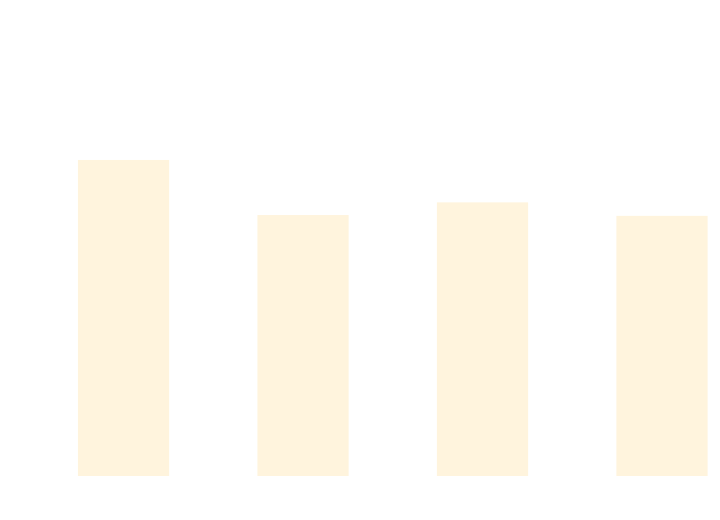
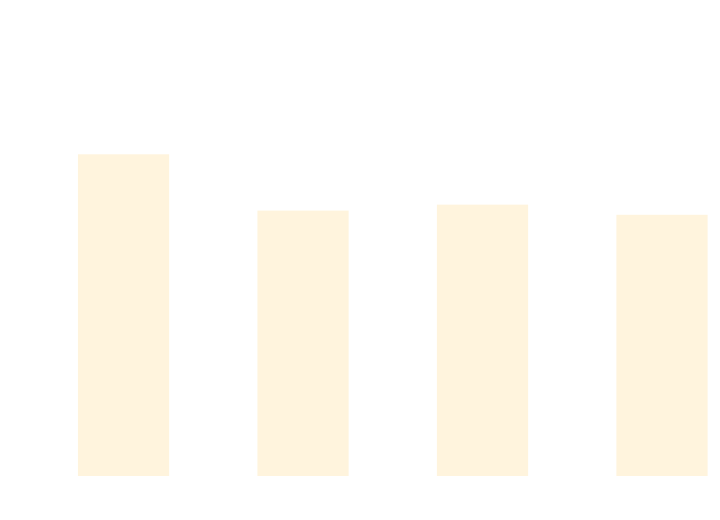
Before and after one commit to thomhurst/TUnit: the diagram in docs/docs/benchmarks/BuildTime.md, drawn with Mermaid. The commit also changed other lines of this file and 17 other files, not shown here.

````diff
--- a/docs/docs/benchmarks/BuildTime.md
+++ b/docs/docs/benchmarks/BuildTime.md
@@ -28,37 +28,37 @@
 ```mermaid
 %%{init: {
   'theme':'base',
   'themeVariables': {
     'primaryColor': '#2563eb',
     'primaryTextColor': '#ffffff',
     'primaryBorderColor': '#1e40af',
     'lineColor': '#6b7280',
     'secondaryColor': '#7c3aed',
     'tertiaryColor': '#dc2626',
     'background': '#ffffff',
     'mainBkg': '#2563eb',
     'secondBkg': '#7c3aed',
     'tertiaryBkg': '#dc2626',
     'clusterBkg': '#f3f4f6',
     'edgeLabelBackground': '#ffffff',
     'tertiaryTextColor': '#1f2937',
     'pie1': '#2563eb',
     'pie2': '#7c3aed',
     'pie3': '#dc2626',
     'pie4': '#f59e0b',
     'pie5': '#10b981',
     'pie6': '#06b6d4',
     'pie7': '#ec4899',
     'pie8': '#6366f1',
     'pie9': '#84cc16',
     'pie10': '#f97316',
     'pie11': '#14b8a6',
     'pie12': '#a855f7'
   }
 }}%%
 xychart-beta
   title "Build Time Comparison"
   x-axis ["Build_TUnit", "Build_NUnit", "Build_MSTest", "Build_xUnit3"]
   y-axis "Time (s)" 0 --> 3
-  bar [2.278, 1.87, 1.964, 1.864]
+  bar [2.32, 1.903, 1.947, 1.872]
 ```
````
